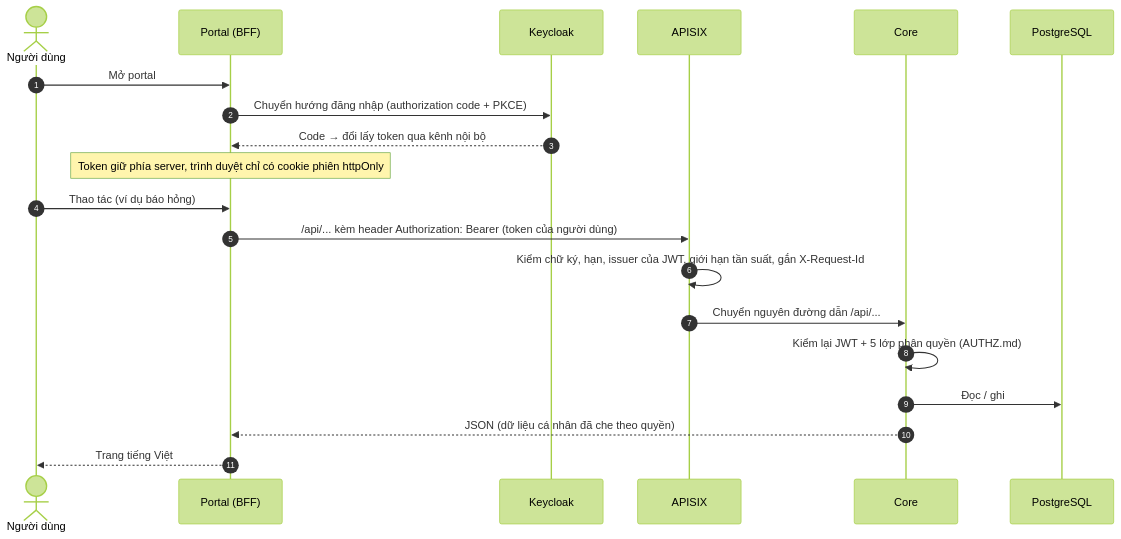
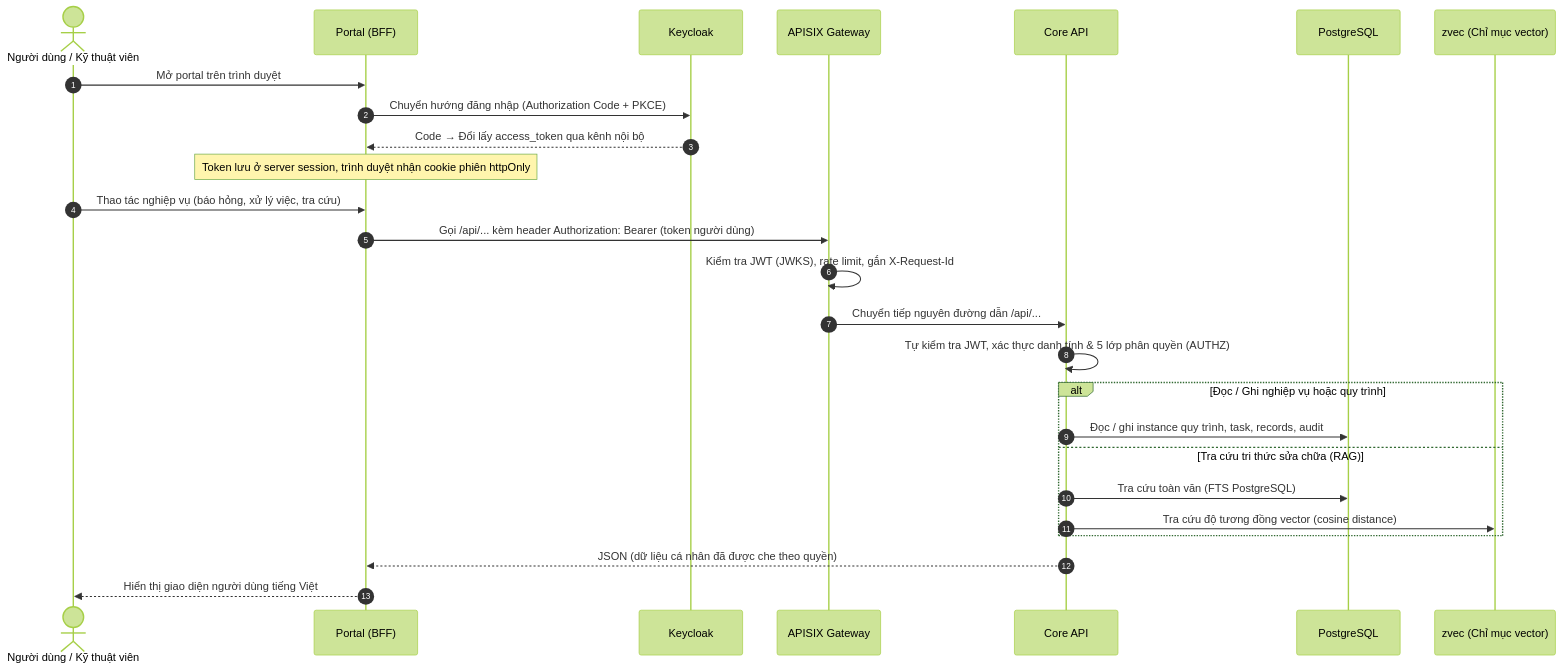
Before and after one commit to HaUI-NPC/dx-lab: the second of 6 diagrams in docs/ARCHITECTURE.md, drawn with Mermaid (forest theme). The commit also changed other lines of this file and 1 other file, not shown here.

Commit message:
docs(architecture): hoàn thiện sequence luồng gọi và đánh giá không gian Intelligence (DOC-03)

````diff
--- a/docs/ARCHITECTURE.md
+++ b/docs/ARCHITECTURE.md
@@ -77,22 +81,29 @@
 ```mermaid
 sequenceDiagram
   autonumber
-  actor U as Người dùng
+  actor U as Người dùng / Kỹ thuật viên
   participant P as Portal (BFF)
   participant K as Keycloak
-  participant G as APISIX
-  participant C as Core
+  participant G as APISIX Gateway
+  participant C as Core API
   participant D as PostgreSQL
-  U->>P: Mở portal
-  P->>K: Chuyển hướng đăng nhập (authorization code + PKCE)
-  K-->>P: Code → đổi lấy token qua kênh nội bộ
-  Note over P: Token giữ phía server, trình duyệt chỉ có cookie phiên httpOnly
-  U->>P: Thao tác (ví dụ báo hỏng)
-  P->>G: /api/... kèm header Authorization: Bearer (token của người dùng)
-  G->>G: Kiểm chữ ký, hạn, issuer của JWT, giới hạn tần suất, gắn X-Request-Id
-  G->>C: Chuyển nguyên đường dẫn /api/...
-  C->>C: Kiểm lại JWT + 5 lớp phân quyền (AUTHZ.md)
-  C->>D: Đọc / ghi
-  C-->>P: JSON (dữ liệu cá nhân đã che theo quyền)
-  P-->>U: Trang tiếng Việt
+  participant Z as zvec (Chỉ mục vector)
+
+  U->>P: Mở portal trên trình duyệt
+  P->>K: Chuyển hướng đăng nhập (Authorization Code + PKCE)
+  K-->>P: Code → Đổi lấy access_token qua kênh nội bộ
+  Note over P: Token lưu ở server session, trình duyệt nhận cookie phiên httpOnly
+  U->>P: Thao tác nghiệp vụ (báo hỏng, xử lý việc, tra cứu)
+  P->>G: Gọi /api/... kèm header Authorization: Bearer (token người dùng)
+  G->>G: Kiểm tra JWT (JWKS), rate limit, gắn X-Request-Id
+  G->>C: Chuyển tiếp nguyên đường dẫn /api/...
+  C->>C: Tự kiểm tra JWT, xác thực danh tính & 5 lớp phân quyền (AUTHZ)
+  alt Đọc / Ghi nghiệp vụ hoặc quy trình
+    C->>D: Đọc / ghi instance quy trình, task, records, audit
+  else Tra cứu tri thức sửa chữa (RAG)
+    C->>D: Tra cứu toàn văn (FTS PostgreSQL)
+    C->>Z: Tra cứu độ tương đồng vector (cosine distance)
+  end
+  C-->>P: JSON (dữ liệu cá nhân đã được che theo quyền)
+  P-->>U: Hiển thị giao diện người dùng tiếng Việt
 ```
````
